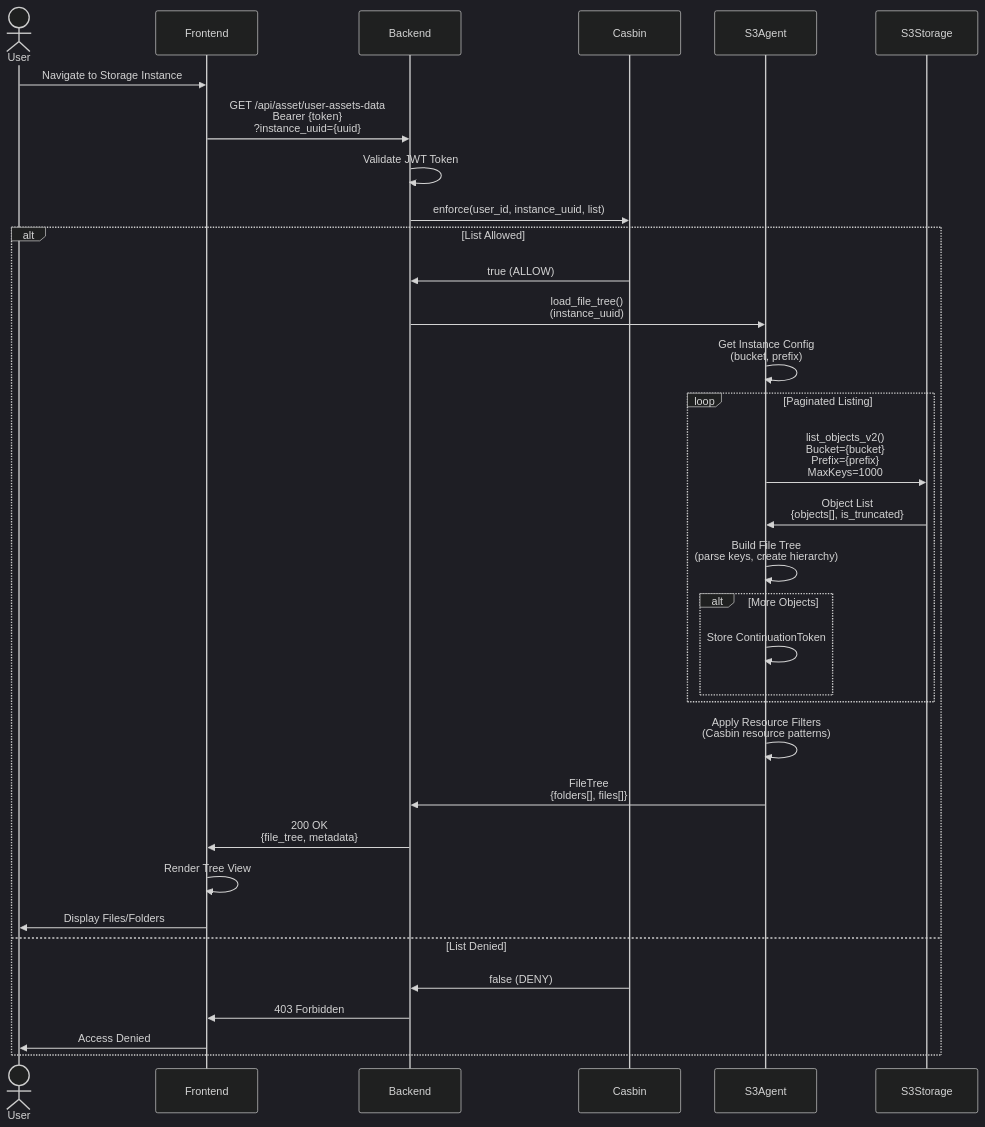
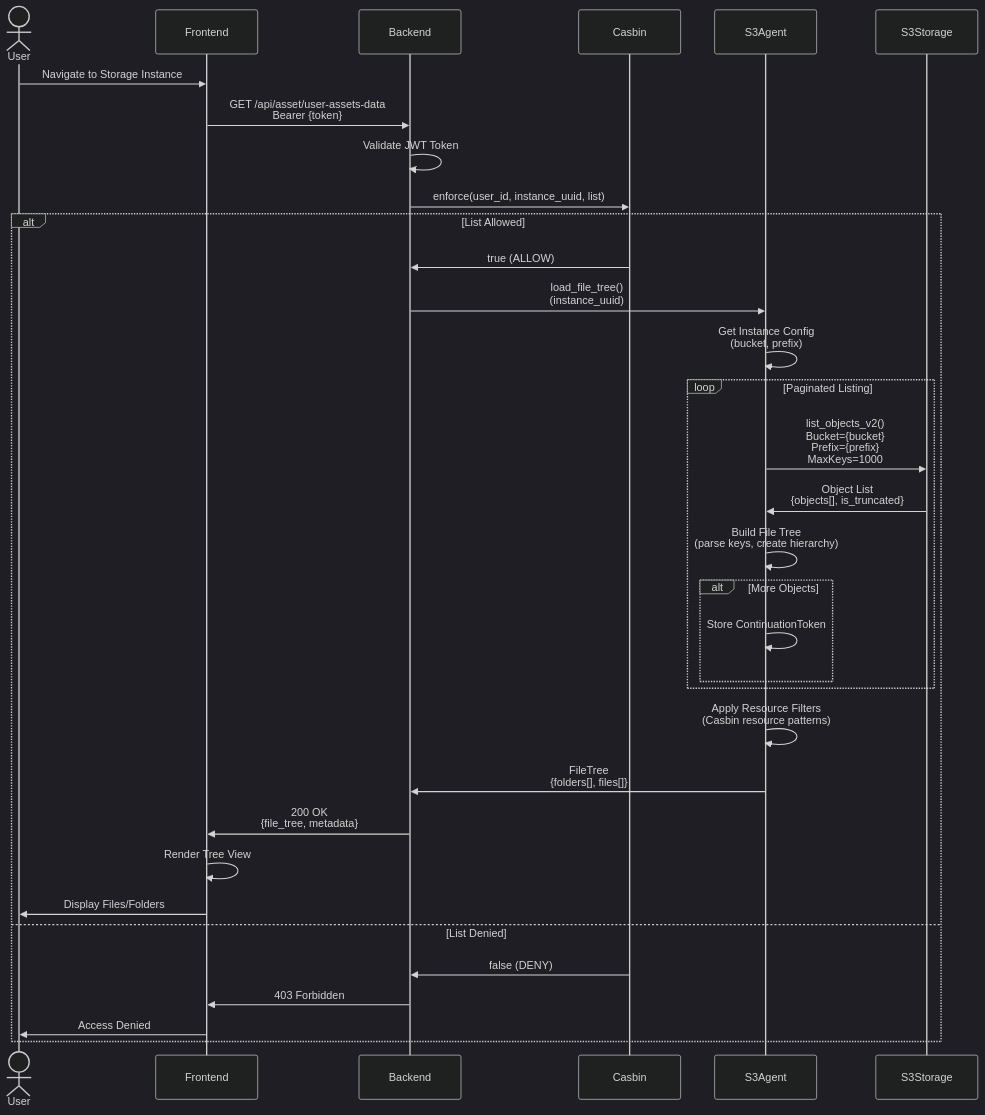
The third of 6 diagrams in docs/diagrams/sequence-storage-access.md (INN-SFU/Data-Portal), drawn with Mermaid (dark theme) before and after one commit. The commit also changed other lines of this file and 13 other files, not shown here.

````diff
--- a/docs/diagrams/sequence-storage-access.md
+++ b/docs/diagrams/sequence-storage-access.md
@@ -122,49 +122,49 @@
 ```mermaid
 sequenceDiagram
     actor User
     participant Frontend
     participant Backend
     participant Casbin
     participant S3Agent
     participant S3Storage
 
     User->>Frontend: Navigate to Storage Instance
-    Frontend->>Backend: GET /api/asset/user-assets-data<br/>Bearer {token}<br/>?instance_uuid={uuid}
+    Frontend->>Backend: GET /api/asset/user-assets-data<br/>Bearer {token}
 
     Backend->>Backend: Validate JWT Token
     Backend->>Casbin: enforce(user_id, instance_uuid, list)
 
     alt List Allowed
         Casbin->>Backend: true (ALLOW)
 
         Backend->>S3Agent: load_file_tree()<br/>(instance_uuid)
 
         S3Agent->>S3Agent: Get Instance Config<br/>(bucket, prefix)
 
         loop Paginated Listing
             S3Agent->>S3Storage: list_objects_v2()<br/>Bucket={bucket}<br/>Prefix={prefix}<br/>MaxKeys=1000
 
             S3Storage->>S3Agent: Object List<br/>{objects[], is_truncated}
 
             S3Agent->>S3Agent: Build File Tree<br/>(parse keys, create hierarchy)
 
             alt More Objects
                 S3Agent->>S3Agent: Store ContinuationToken
             end
         end
 
         S3Agent->>S3Agent: Apply Resource Filters<br/>(Casbin resource patterns)
 
         S3Agent->>Backend: FileTree<br/>{folders[], files[]}
 
         Backend->>Frontend: 200 OK<br/>{file_tree, metadata}
 
         Frontend->>Frontend: Render Tree View
         Frontend->>User: Display Files/Folders
 
     else List Denied
         Casbin->>Backend: false (DENY)
         Backend->>Frontend: 403 Forbidden
         Frontend->>User: Access Denied
     end
 ```
````
